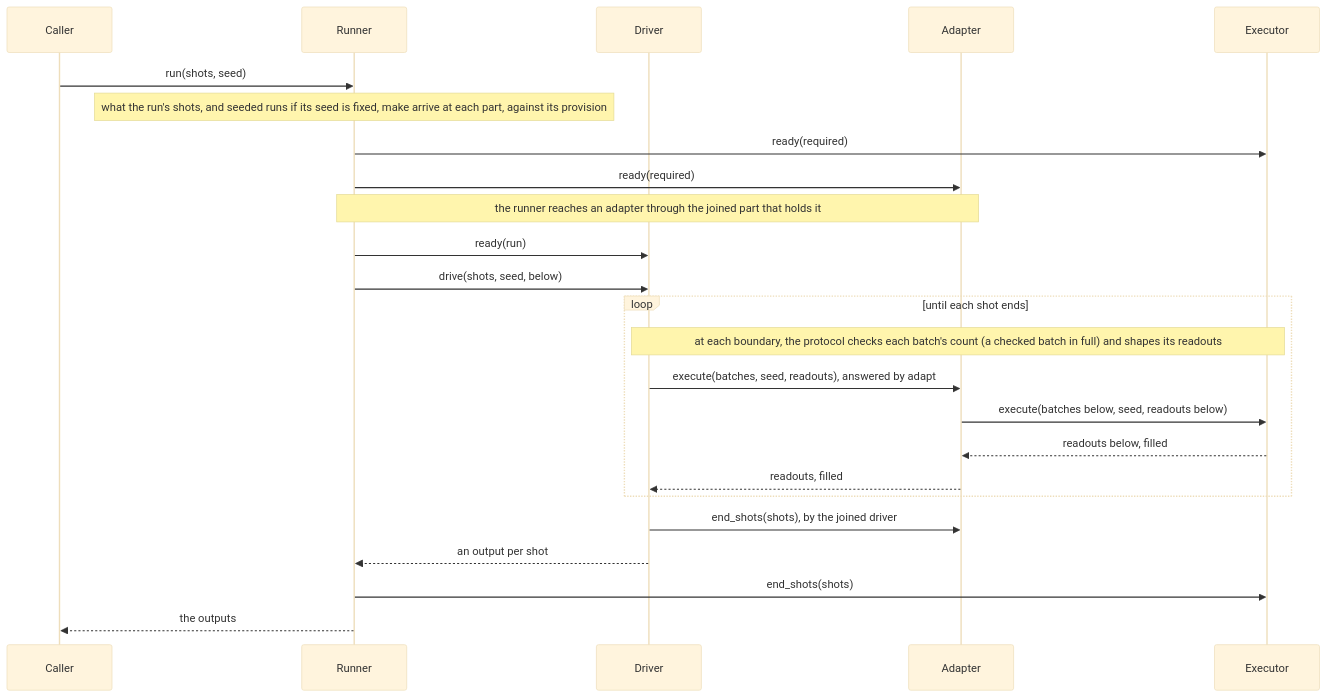
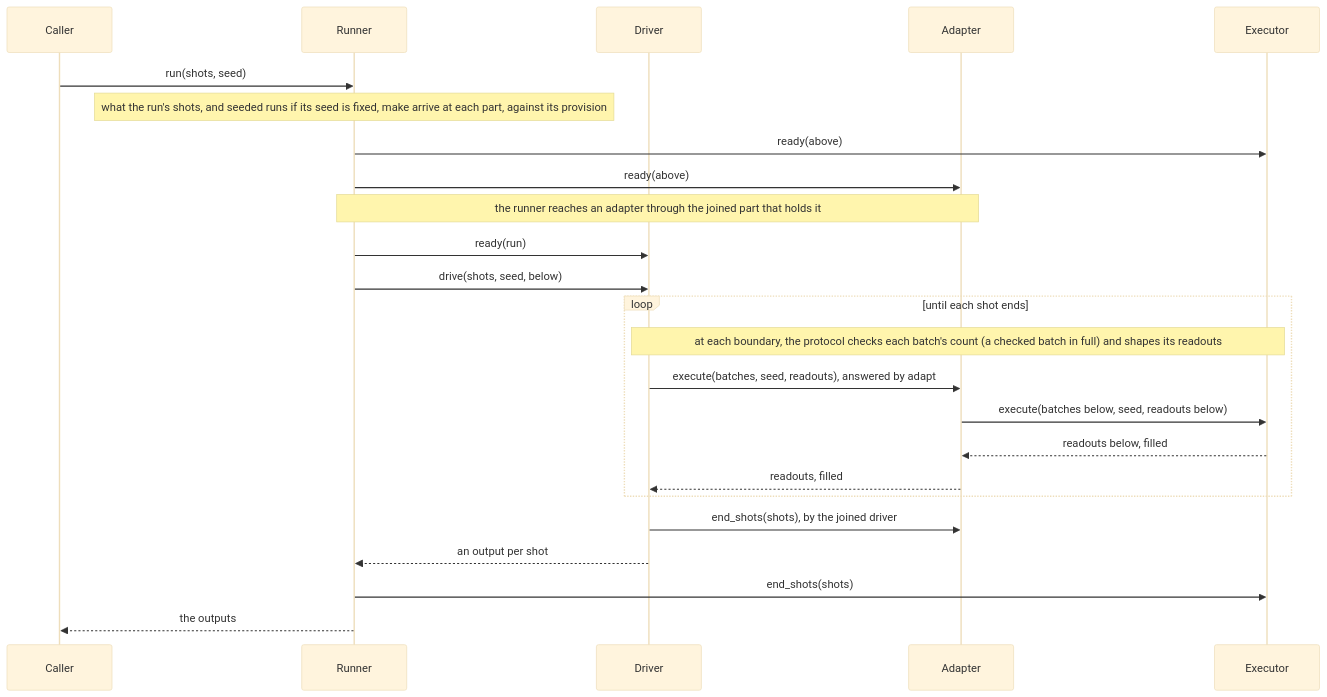
The diagram in source/executor_protocol/README.md (microsoft/qdk), drawn with Mermaid (base theme) before and after one commit. The commit also changed 18 other files, not shown here.

Commit message:
executor_protocol: pin the cross-check's message and run cases; narrow the wrapped checks; ready takes above

````diff
--- a/source/executor_protocol/README.md
+++ b/source/executor_protocol/README.md
@@ -251,26 +251,26 @@
 ```mermaid
 sequenceDiagram
   participant C as Caller
   participant R as Runner
   participant D as Driver
   participant A as Adapter
   participant E as Executor
   C->>R: run(shots, seed)
   Note over R: what the run's shots, and seeded runs if its seed is fixed, make arrive at each part, against its provision
-  R->>E: ready(required)
-  R->>A: ready(required)
+  R->>E: ready(above)
+  R->>A: ready(above)
   Note over R,A: the runner reaches an adapter through the joined part that holds it
   R->>D: ready(run)
   R->>D: drive(shots, seed, below)
   loop until each shot ends
     Note over D,E: at each boundary, the protocol checks each batch's count (a checked batch in full) and shapes its readouts
     D->>A: execute(batches, seed, readouts), answered by adapt
     A->>E: execute(batches below, seed, readouts below)
     E-->>A: readouts below, filled
     A-->>D: readouts, filled
   end
   D->>A: end_shots(shots), by the joined driver
   D-->>R: an output per shot
   R->>E: end_shots(shots)
   R-->>C: the outputs
 ```
````
